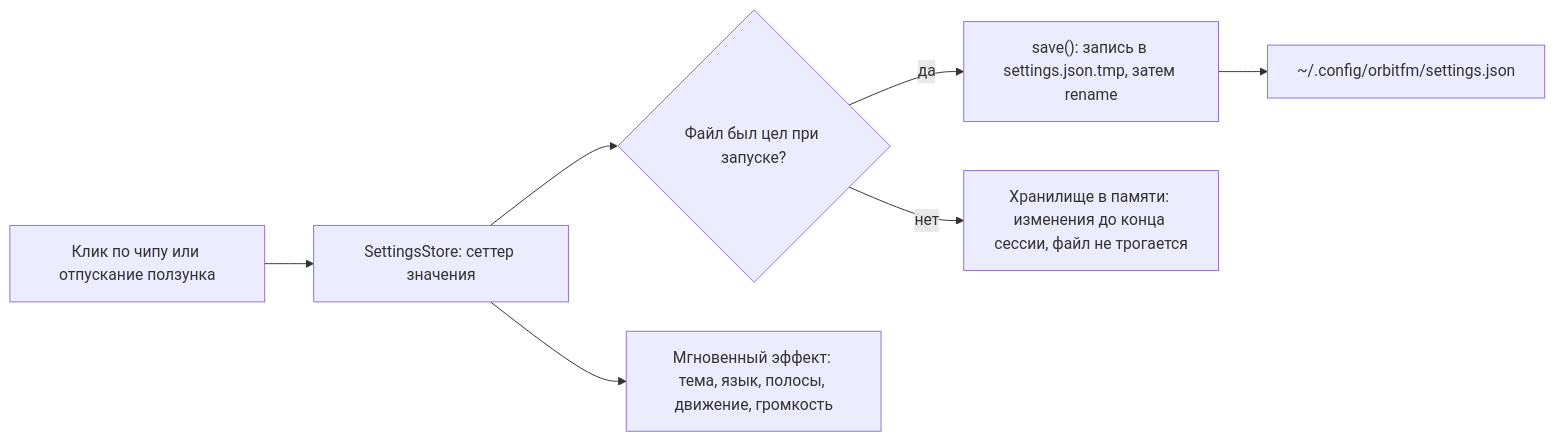
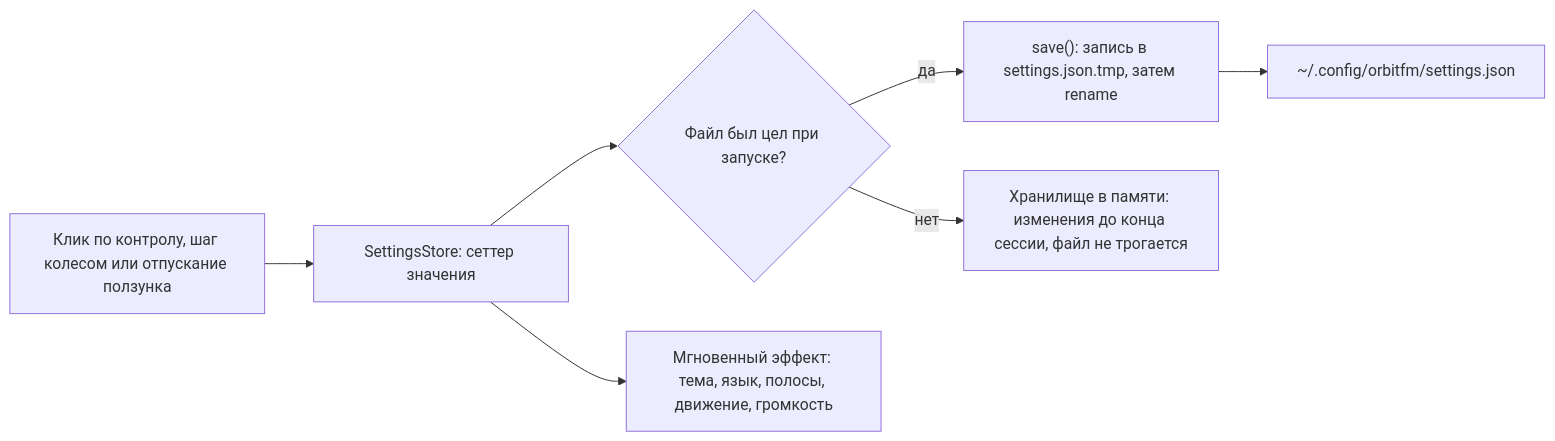
One commit to ModernByte/orbitfm changed the diagram in docs/wiki/04-Настройки-и-язык.md. Above: the diagram before and after it, drawn with Mermaid. The commit also changed other lines of this file and 64 other files, not shown here.

````diff
--- a/docs/wiki/04-Настройки-и-язык.md
+++ b/docs/wiki/04-Настройки-и-язык.md
@@ -167,9 +175,9 @@
 ```mermaid
 flowchart LR
-    A["Клик по чипу или отпускание ползунка"] --> B["SettingsStore: сеттер значения"]
+    A["Клик по контролу, шаг колесом или отпускание ползунка"] --> B["SettingsStore: сеттер значения"]
     B --> C{"Файл был цел при запуске?"}
     C -- "да" --> D["save(): запись в settings.json.tmp, затем rename"]
     C -- "нет" --> E["Хранилище в памяти: изменения до конца сессии, файл не трогается"]
     D --> F["~/.config/orbitfm/settings.json"]
     B --> G["Мгновенный эффект: тема, язык, полосы, движение, громкость"]
 ```
````
